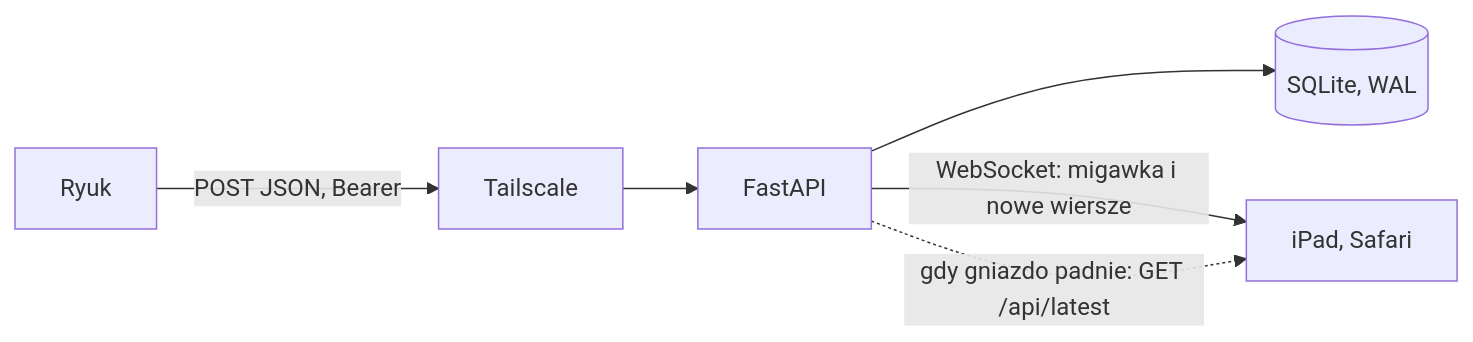
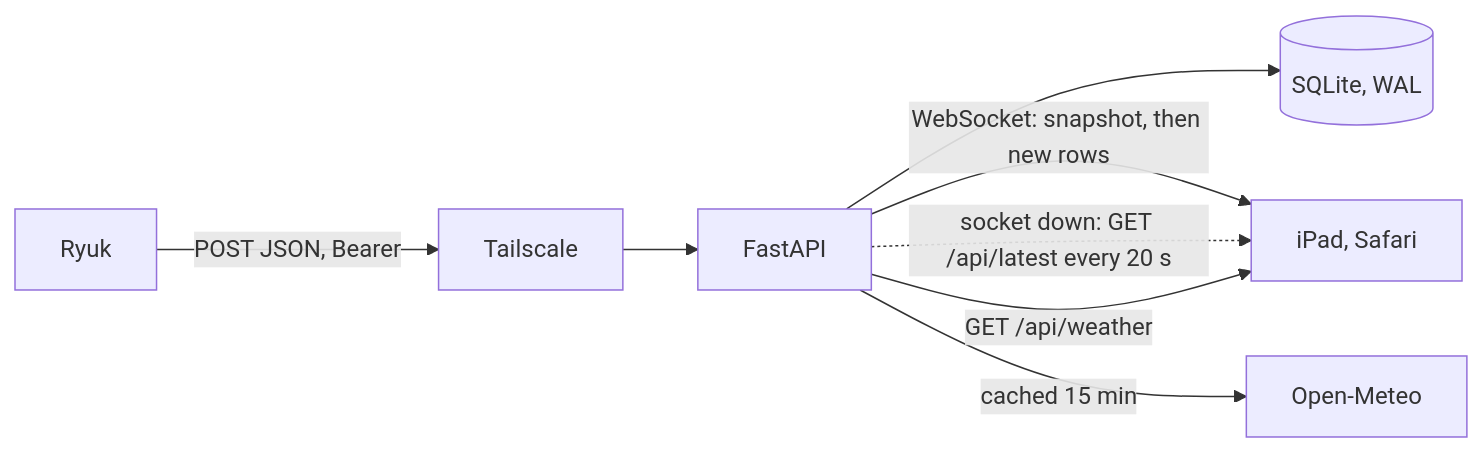
The diagram in README.md (gmiszcz/home-dashboard), drawn with Mermaid before and after one commit. The commit also changed other lines of this file and 47 other files, not shown here.

````diff
--- a/README.md
+++ b/README.md
@@ -11,8 +11,10 @@
 ```mermaid
 flowchart LR
   Ryuk["Ryuk"] -->|"POST JSON, Bearer"| TS["Tailscale"]
   TS --> API["FastAPI"]
   API --> DB[("SQLite, WAL")]
-  API -->|"WebSocket: migawka i nowe wiersze"| iPad["iPad, Safari"]
-  API -.->|"gdy gniazdo padnie: GET /api/latest"| iPad
+  API -->|"WebSocket: snapshot, then new rows"| iPad["iPad, Safari"]
+  API -.->|"socket down: GET /api/latest every 20 s"| iPad
+  API -->|"GET /api/weather"| iPad
+  API -->|"cached 15 min"| OM["Open-Meteo"]
 ```
````
